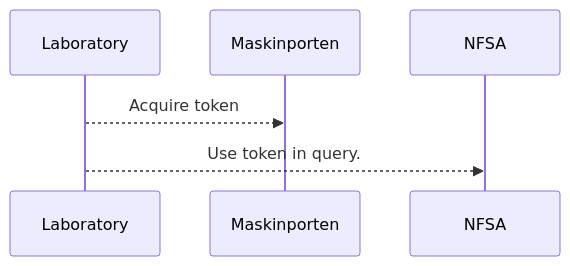
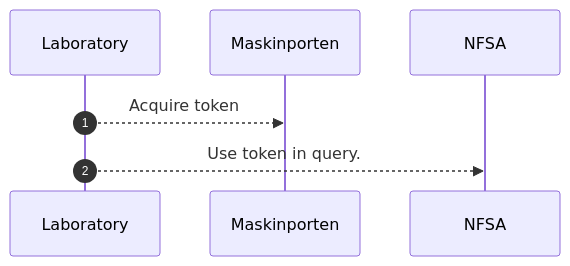
Before and after one commit to Mattilsynet/provetaking-labintegration: the first of 2 diagrams in README.md, drawn with Mermaid. The commit also changed other lines of this file, not shown here.

````diff
--- a/README.md
+++ b/README.md
@@ -10,8 +15,9 @@
 ```mermaid
 sequenceDiagram
+    autonumber
     participant LAB as Laboratory
     participant TTP as Maskinporten
     participant MT as NFSA
     LAB-->>TTP: Acquire token
     LAB-->>MT: Use token in query.
 ```
````
